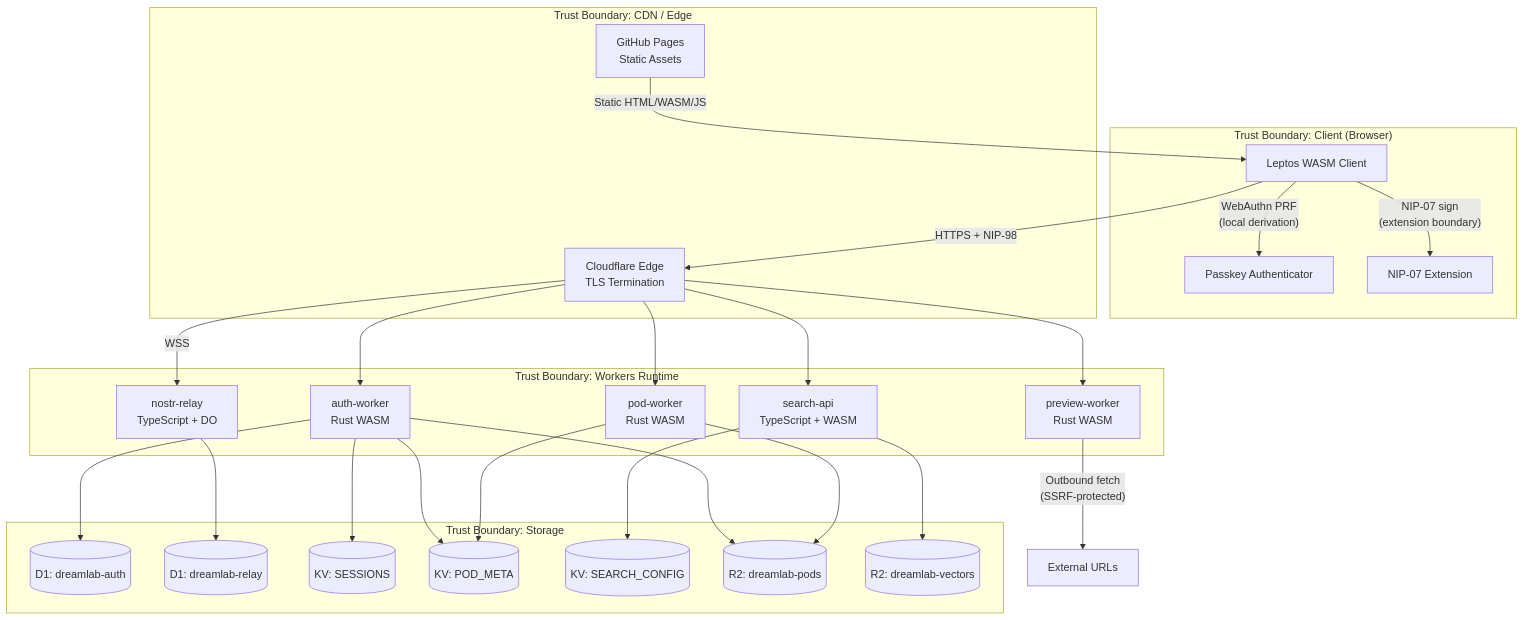
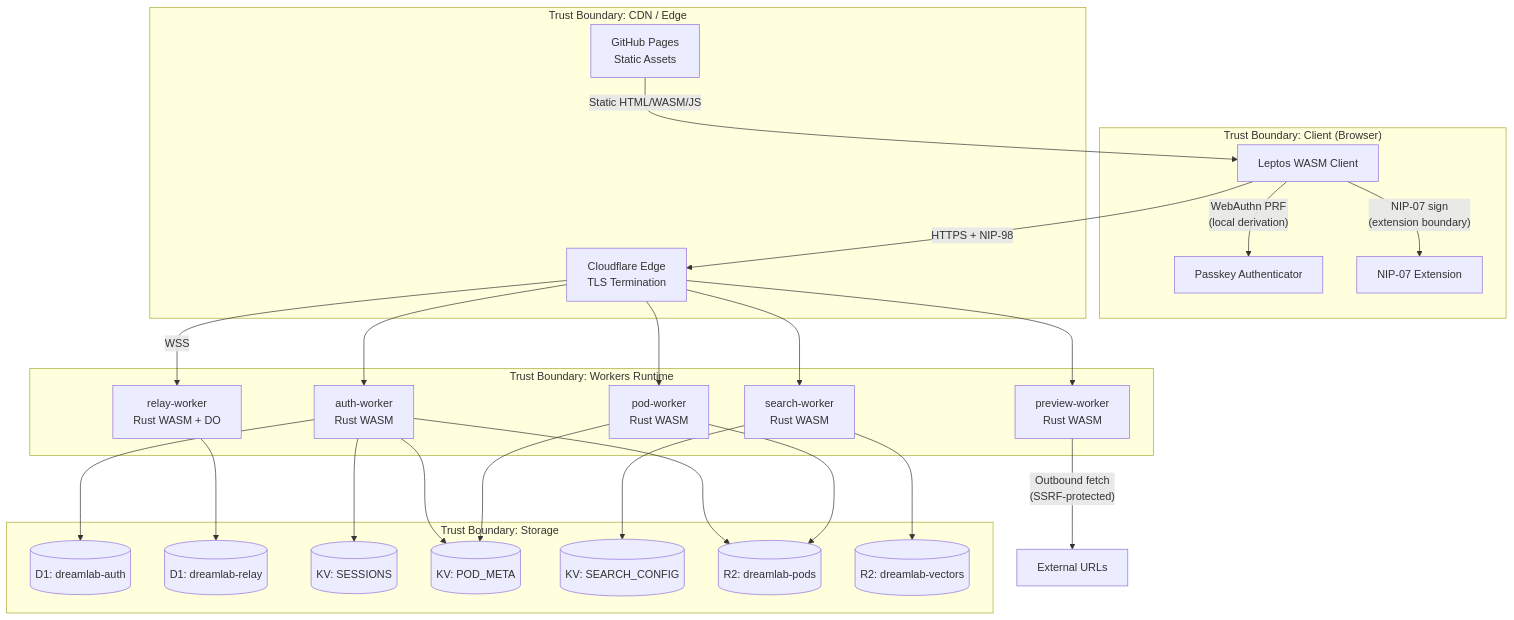
One commit to DreamLab-AI/dreamlab-ai-website changed the first of 3 diagrams in docs/security/SECURITY_OVERVIEW.md. Above: the diagram before and after it, drawn with Mermaid. The commit also changed other lines of this file and 32 other files, not shown here.

First line of the commit message:
Update docs, add nostr-relay scripts, tweak Index.tsx

````diff
--- a/docs/security/SECURITY_OVERVIEW.md
+++ b/docs/security/SECURITY_OVERVIEW.md
@@ -26,51 +26,51 @@
 ```mermaid
 graph TB
     subgraph "Trust Boundary: Client (Browser)"
         CLIENT[Leptos WASM Client]
         PASSKEY[Passkey Authenticator]
         NIP07[NIP-07 Extension]
     end
 
     subgraph "Trust Boundary: CDN / Edge"
         PAGES[GitHub Pages<br/>Static Assets]
         CF_EDGE[Cloudflare Edge<br/>TLS Termination]
     end
 
     subgraph "Trust Boundary: Workers Runtime"
         AUTH_W[auth-worker<br/>Rust WASM]
         POD_W[pod-worker<br/>Rust WASM]
         PREVIEW_W[preview-worker<br/>Rust WASM]
-        RELAY_W[nostr-relay<br/>TypeScript + DO]
-        SEARCH_W[search-api<br/>TypeScript + WASM]
+        RELAY_W[relay-worker<br/>Rust WASM + DO]
+        SEARCH_W[search-worker<br/>Rust WASM]
     end
 
     subgraph "Trust Boundary: Storage"
         D1_AUTH[(D1: dreamlab-auth)]
         D1_RELAY[(D1: dreamlab-relay)]
         KV_SESSIONS[(KV: SESSIONS)]
         KV_POD_META[(KV: POD_META)]
         KV_SEARCH[(KV: SEARCH_CONFIG)]
         R2_PODS[(R2: dreamlab-pods)]
         R2_VECTORS[(R2: dreamlab-vectors)]
     end
 
     CLIENT -- "WebAuthn PRF\n(local derivation)" --> PASSKEY
     CLIENT -- "NIP-07 sign\n(extension boundary)" --> NIP07
     CLIENT -- "HTTPS + NIP-98" --> CF_EDGE
     CF_EDGE --> AUTH_W
     CF_EDGE --> POD_W
     CF_EDGE --> PREVIEW_W
     CF_EDGE -- "WSS" --> RELAY_W
     CF_EDGE --> SEARCH_W
     AUTH_W --> D1_AUTH
     AUTH_W --> KV_SESSIONS
     AUTH_W --> KV_POD_META
     AUTH_W --> R2_PODS
     POD_W --> R2_PODS
     POD_W --> KV_POD_META
     RELAY_W --> D1_RELAY
     SEARCH_W --> R2_VECTORS
     SEARCH_W --> KV_SEARCH
     PREVIEW_W -- "Outbound fetch\n(SSRF-protected)" --> EXTERNAL[External URLs]
     PAGES -- "Static HTML/WASM/JS" --> CLIENT
 ```
````
